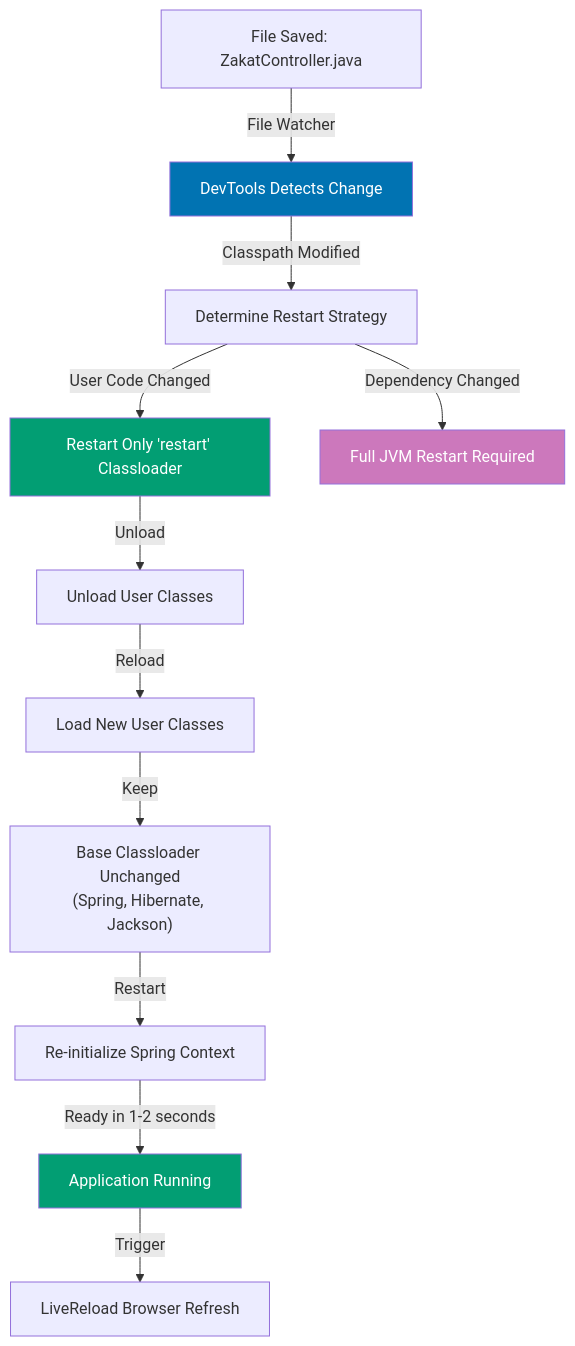
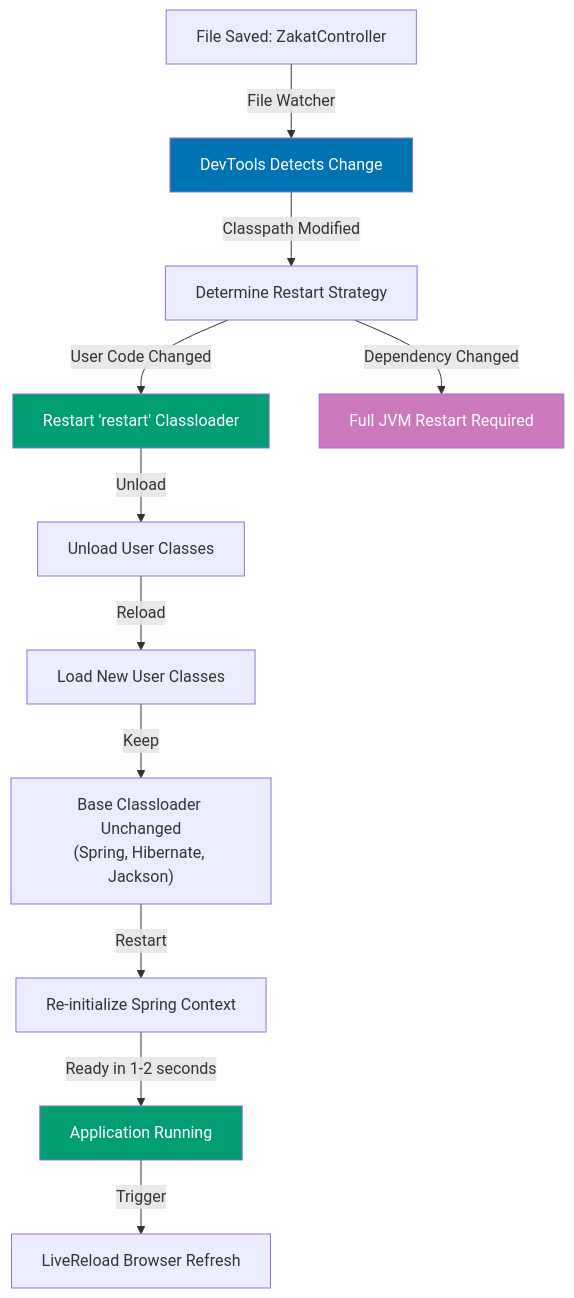
One commit to wahidyankf/baseerah changed the diagram in apps/ayokoding-www/content/en/learn/software-engineering/platforms/web/tools/jvm-spring-boot/in-the-field/spring-boot-devtools.md. Above: the diagram before and after it, drawn with Mermaid. The commit also changed 88 other files, not shown here.

First line of the commit message:
fix(ayokoding-www): resolve pre-existing Mermaid violations, exclude fixtures/plans-done

````diff
--- a/apps/ayokoding-www/content/en/learn/software-engineering/platforms/web/tools/jvm-spring-boot/in-the-field/spring-boot-devtools.md
+++ b/apps/ayokoding-www/content/en/learn/software-engineering/platforms/web/tools/jvm-spring-boot/in-the-field/spring-boot-devtools.md
@@ -116,20 +116,20 @@
 ```mermaid
 graph TD
-    A["File Saved: ZakatController.java"] -->|"File Watcher"| B["DevTools Detects Change"]
+    A["File Saved: ZakatController"] -->|"File Watcher"| B["DevTools Detects Change"]
     B -->|"Classpath Modified"| C["Determine Restart Strategy"]
-    C -->|"User Code Changed"| D["Restart Only 'restart' Classloader"]
+    C -->|"User Code Changed"| D["Restart 'restart' Classloader"]
     C -->|"Dependency Changed"| E["Full JVM Restart Required"]
 
     D -->|"Unload"| F["Unload User Classes"]
     F -->|"Reload"| G["Load New User Classes"]
     G -->|"Keep"| H["Base Classloader Unchanged<br/>(Spring, Hibernate, Jackson)"]
     H -->|"Restart"| I["Re-initialize Spring Context"]
     I -->|"Ready in 1-2 seconds"| J["Application Running"]
 
     J -->|"Trigger"| K["LiveReload Browser Refresh"]
 
     style B fill:#0173B2,color:#fff
     style D fill:#029E73,color:#fff
     style E fill:#CC78BC,color:#fff
     style J fill:#029E73,color:#fff
 ```
````
